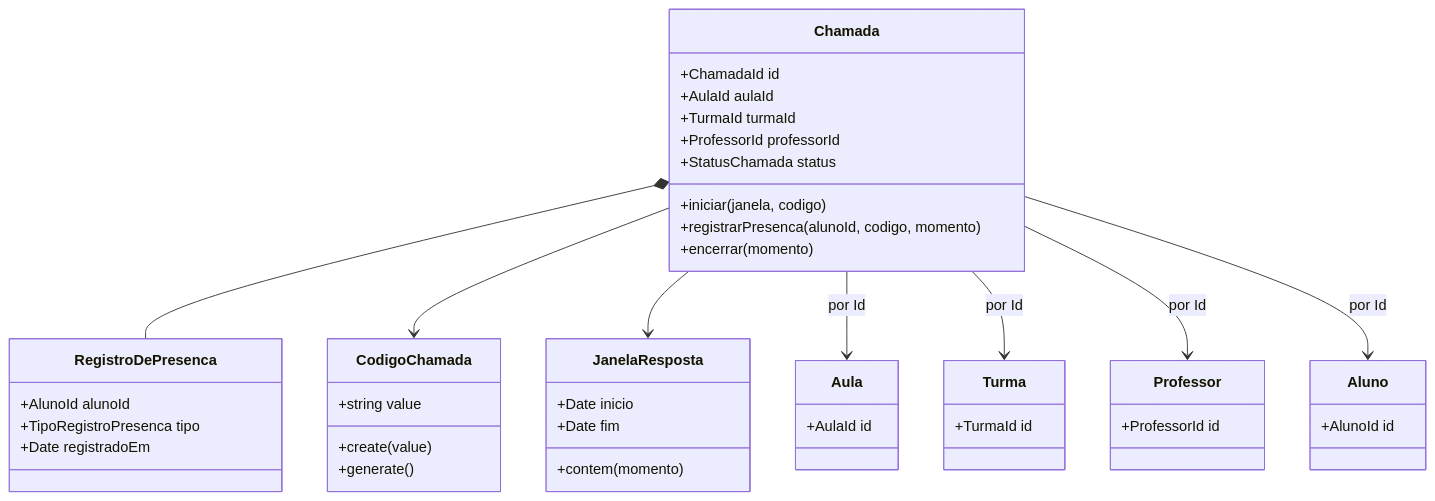
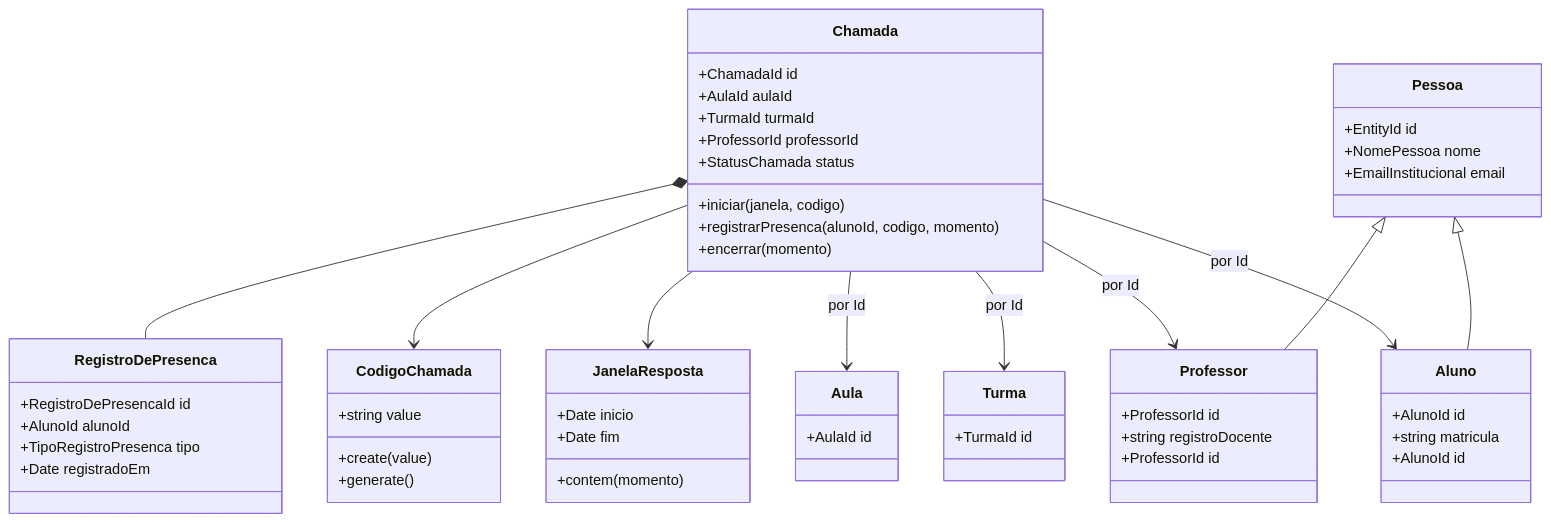
One commit to GuilhermeBrun/controle-presenca-ddd changed the diagram in README.md. Above: the diagram before and after it, drawn with Mermaid. The commit also changed other lines of this file and 17 other files, not shown here.

````diff
--- a/README.md
+++ b/README.md
@@ -128,55 +146,74 @@
 ```mermaid
 classDiagram
   class Chamada {
     +ChamadaId id
     +AulaId aulaId
     +TurmaId turmaId
     +ProfessorId professorId
     +StatusChamada status
     +iniciar(janela, codigo)
     +registrarPresenca(alunoId, codigo, momento)
     +encerrar(momento)
   }
 
   class RegistroDePresenca {
+    +RegistroDePresencaId id
     +AlunoId alunoId
     +TipoRegistroPresenca tipo
     +Date registradoEm
+  }
+
+  class Pessoa {
+    +EntityId id
+    +NomePessoa nome
+    +EmailInstitucional email
+  }
+
+  class Aluno {
+    +AlunoId id
+    +string matricula
+  }
+
+  class Professor {
+    +ProfessorId id
+    +string registroDocente
   }
 
   class CodigoChamada {
     +string value
     +create(value)
     +generate()
   }
 
   class JanelaResposta {
     +Date inicio
     +Date fim
     +contem(momento)
   }
 
   class Aula {
     +AulaId id
   }
 
   class Turma {
     +TurmaId id
   }
 
   class Professor {
     +ProfessorId id
   }
 
   class Aluno {
     +AlunoId id
   }
 
   Chamada *-- RegistroDePresenca
   Chamada --> CodigoChamada
   Chamada --> JanelaResposta
   Chamada --> Aula : por Id
   Chamada --> Turma : por Id
   Chamada --> Professor : por Id
   Chamada --> Aluno : por Id
+  Pessoa <|-- Aluno
+  Pessoa <|-- Professor
 ```
````
